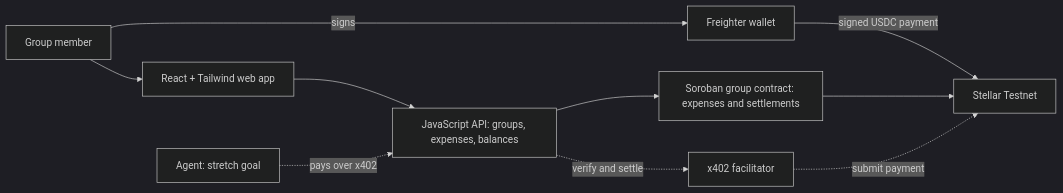
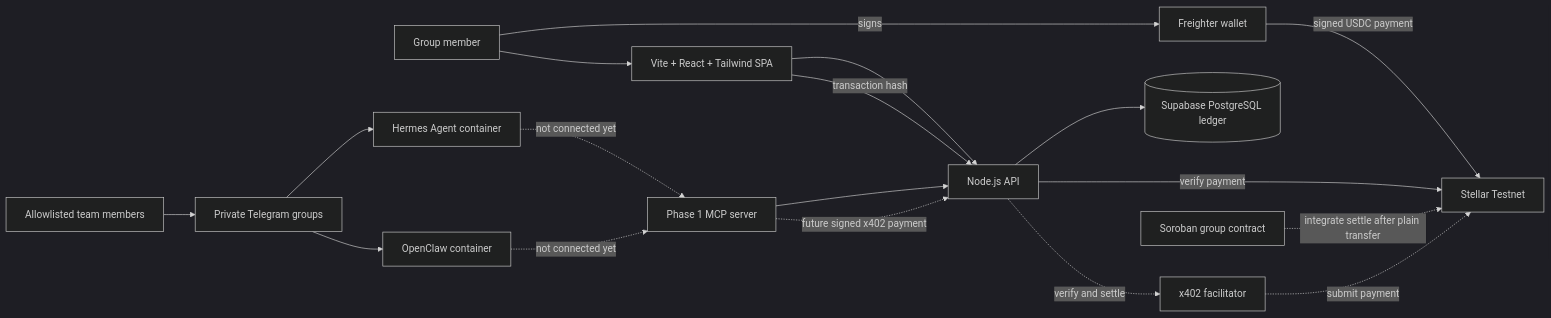
The first of 2 diagrams in docs/ARCHITECTURE.md (Michella-stack/Stellar-Split), drawn with Mermaid (dark theme) before and after one commit. The commit also changed other lines of this file, not shown here.

````diff
--- a/docs/ARCHITECTURE.md
+++ b/docs/ARCHITECTURE.md
@@ -36,12 +39,22 @@
 ```mermaid
 flowchart LR
-    User[Group member] --> Web[React + Tailwind web app]
+    User[Group member] --> Web[Vite + React + Tailwind SPA]
     User -- signs --> Wallet[Freighter wallet]
-    Web --> API[JavaScript API: groups, expenses, balances]
+    Web --> API[Node.js API]
+    API --> DB[(Supabase PostgreSQL ledger)]
     Wallet -- signed USDC payment --> Stellar[Stellar Testnet]
-    API --> Contract[Soroban group contract: expenses and settlements]
-    Contract --> Stellar
-    Agent[Agent: stretch goal] -. pays over x402 .-> API
+    Web -- transaction hash --> API
+    API -- verify payment --> Stellar
+
+    Contract[Soroban group contract] -. integrate settle after plain transfer .-> Stellar
+
+    Team[Allowlisted team members] --> Telegram[Private Telegram groups]
+    Telegram --> Hermes[Hermes Agent container]
+    Telegram --> OpenClaw[OpenClaw container]
+    Hermes -. not connected yet .-> MCP[Phase 1 MCP server]
+    OpenClaw -. not connected yet .-> MCP
+    MCP --> API
+    MCP -. future signed x402 payment .-> API
     API -. verify and settle .-> Facilitator[x402 facilitator]
     Facilitator -. submit payment .-> Stellar
 ```
````
